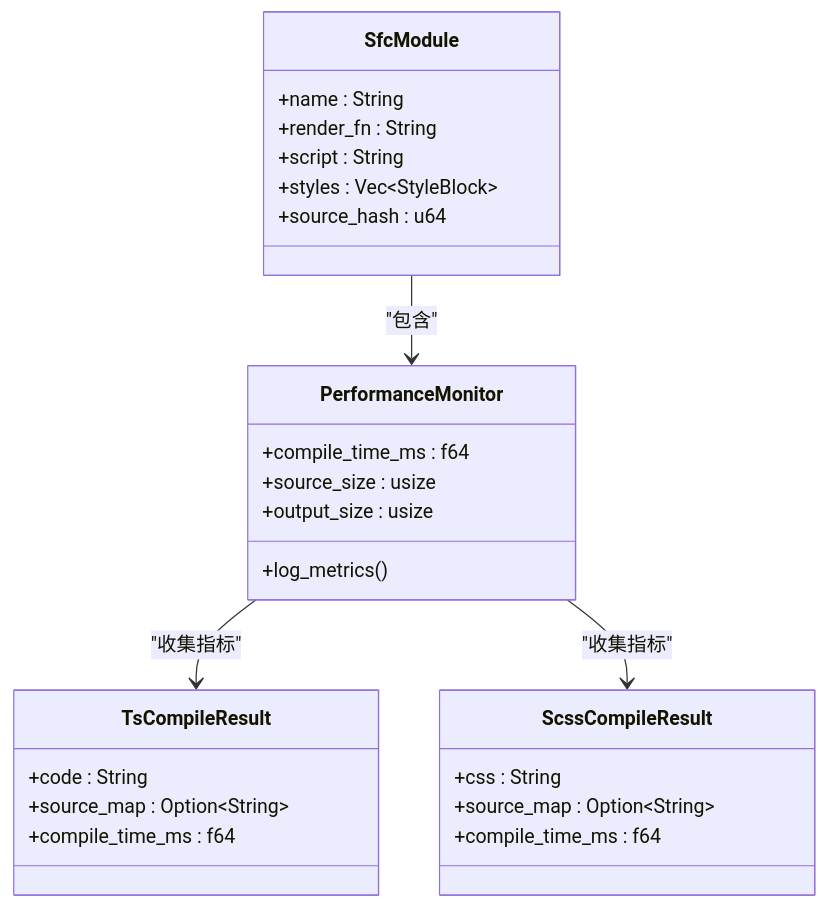
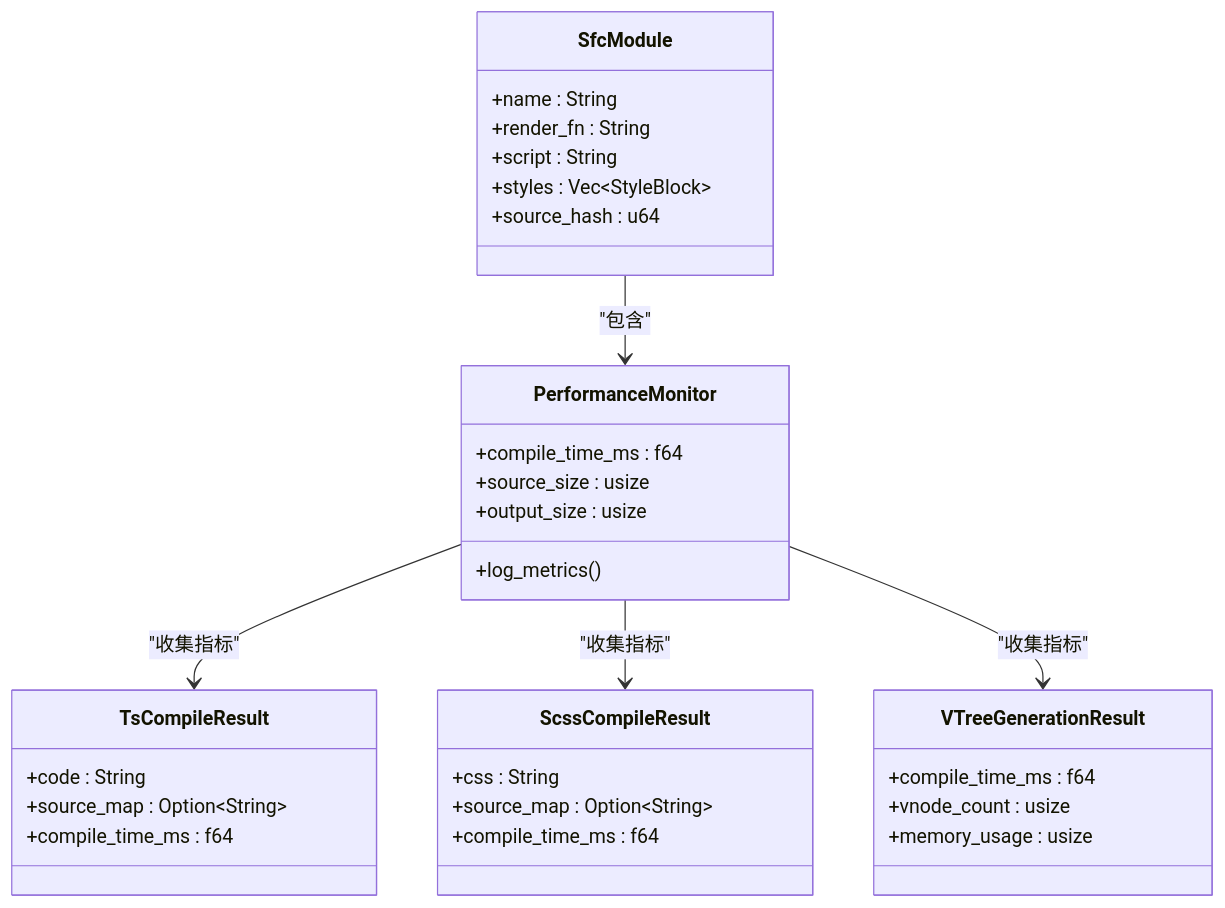
Before and after one commit to itszzl-sudo/iris: diagram 35 of 35 in .qoder/repowiki/zh/content/技术架构详解/即时转译系统/SFC编译器初始化机制/SFC编译器初始化机制.md, drawn with Mermaid. The commit also changed other lines of this file and 9 other files, not shown here.

````diff
--- a/.qoder/repowiki/zh/content/技术架构详解/即时转译系统/SFC编译器初始化机制/SFC编译器初始化机制.md
+++ b/.qoder/repowiki/zh/content/技术架构详解/即时转译系统/SFC编译器初始化机制/SFC编译器初始化机制.md
@@ -1378,29 +2211,35 @@
 ```mermaid
 classDiagram
 class PerformanceMonitor {
 +compile_time_ms : f64
 +source_size : usize
 +output_size : usize
 +log_metrics()
 }
 class TsCompileResult {
 +code : String
 +source_map : Option~String~
 +compile_time_ms : f64
 }
 class ScssCompileResult {
 +css : String
 +source_map : Option~String~
 +compile_time_ms : f64
 }
+class VTreeGenerationResult {
++compile_time_ms : f64
++vnode_count : usize
++memory_usage : usize
+}
 class SfcModule {
 +name : String
 +render_fn : String
 +script : String
 +styles : Vec~StyleBlock~
 +source_hash : u64
 }
 PerformanceMonitor --> TsCompileResult : "收集指标"
 PerformanceMonitor --> ScssCompileResult : "收集指标"
+PerformanceMonitor --> VTreeGenerationResult : "收集指标"
 SfcModule --> PerformanceMonitor : "包含"
 ```
````
